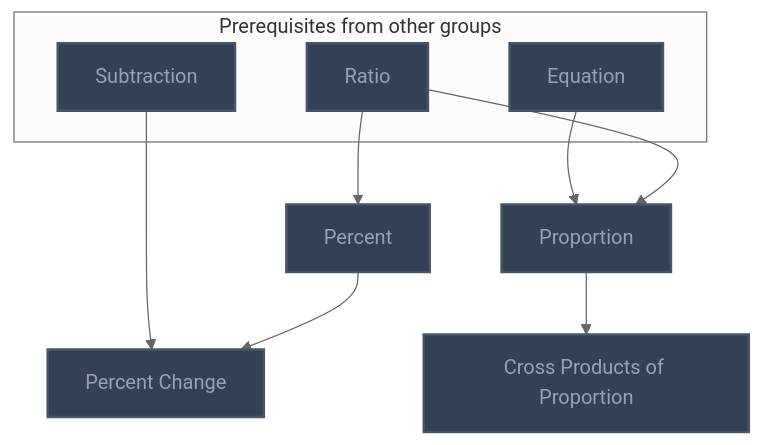
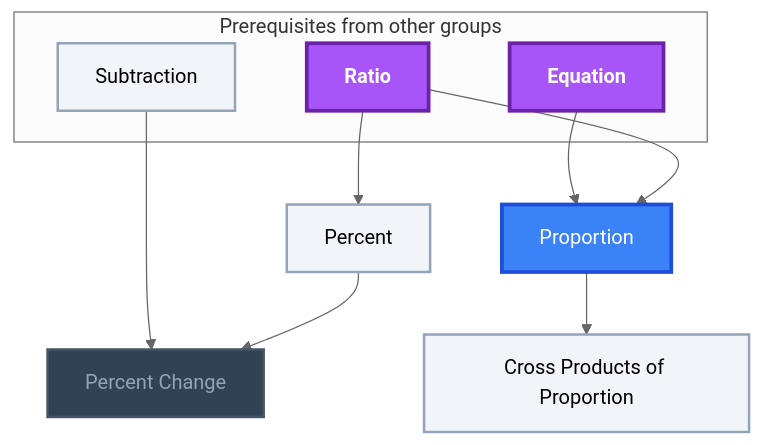
The sixth of 10 diagrams in Gamification/Skill Trees/Pre-Algebra.md (MRauf1/My-Notes), drawn with Mermaid (neutral theme) before and after one commit. The commit also changed other lines of this file and 156 other files, not shown here.

````diff
--- a/Gamification/Skill Trees/Pre-Algebra.md
+++ b/Gamification/Skill Trees/Pre-Algebra.md
@@ -313,29 +325,32 @@
 ```mermaid
 flowchart TD
     classDef planned fill:#1E293B,stroke:#64748B,stroke-width:2px,stroke-dasharray:5 5,color:#94A3B8;
     classDef locked fill:#334155,stroke:#475569,stroke-width:2px,color:#94A3B8;
     classDef L0 fill:#F1F5F9,stroke:#94A3B8,stroke-width:2px,color:#000000;
     classDef L1 fill:#22C55E,stroke:#15803D,stroke-width:2px,color:#000000;
     classDef L2 fill:#3B82F6,stroke:#1D4ED8,stroke-width:3px,color:#FFFFFF;
     classDef L3 fill:#A855F7,stroke:#6B21A8,stroke-width:3px,color:#FFFFFF,font-weight:bold;
     classDef L4 fill:#F97316,stroke:#C2410C,stroke-width:4px,color:#000000,font-weight:bold;
     classDef L5 fill:#FFD700,stroke:#FF8C00,stroke-width:5px,color:#000000,font-weight:bold;
     classDef rusty stroke:#8B4513,stroke-width:4px,stroke-dasharray:3 3;
     subgraph sg_prereqs["Prerequisites from other groups"]
         n_ratio["Ratio"]
         n_subtraction["Subtraction"]
         n_equation["Equation"]
     end
     n_percent["Percent"]
     n_percent_change["Percent Change"]
     n_proportion["Proportion"]
     n_cross_products_of_proportion["Cross Products of Proportion"]
     n_ratio --> n_percent
     n_subtraction --> n_percent_change
     n_percent --> n_percent_change
     n_equation --> n_proportion
     n_ratio --> n_proportion
     n_proportion --> n_cross_products_of_proportion
-    class n_ratio,n_subtraction,n_equation,n_percent,n_percent_change,n_proportion,n_cross_products_of_proportion locked;
+    class n_percent_change locked;
+    class n_subtraction,n_percent,n_cross_products_of_proportion L0;
+    class n_proportion L2;
+    class n_ratio,n_equation L3;
     class n_ratio,n_subtraction,n_equation,n_percent,n_percent_change,n_proportion,n_cross_products_of_proportion internal-link;
 ```
````
